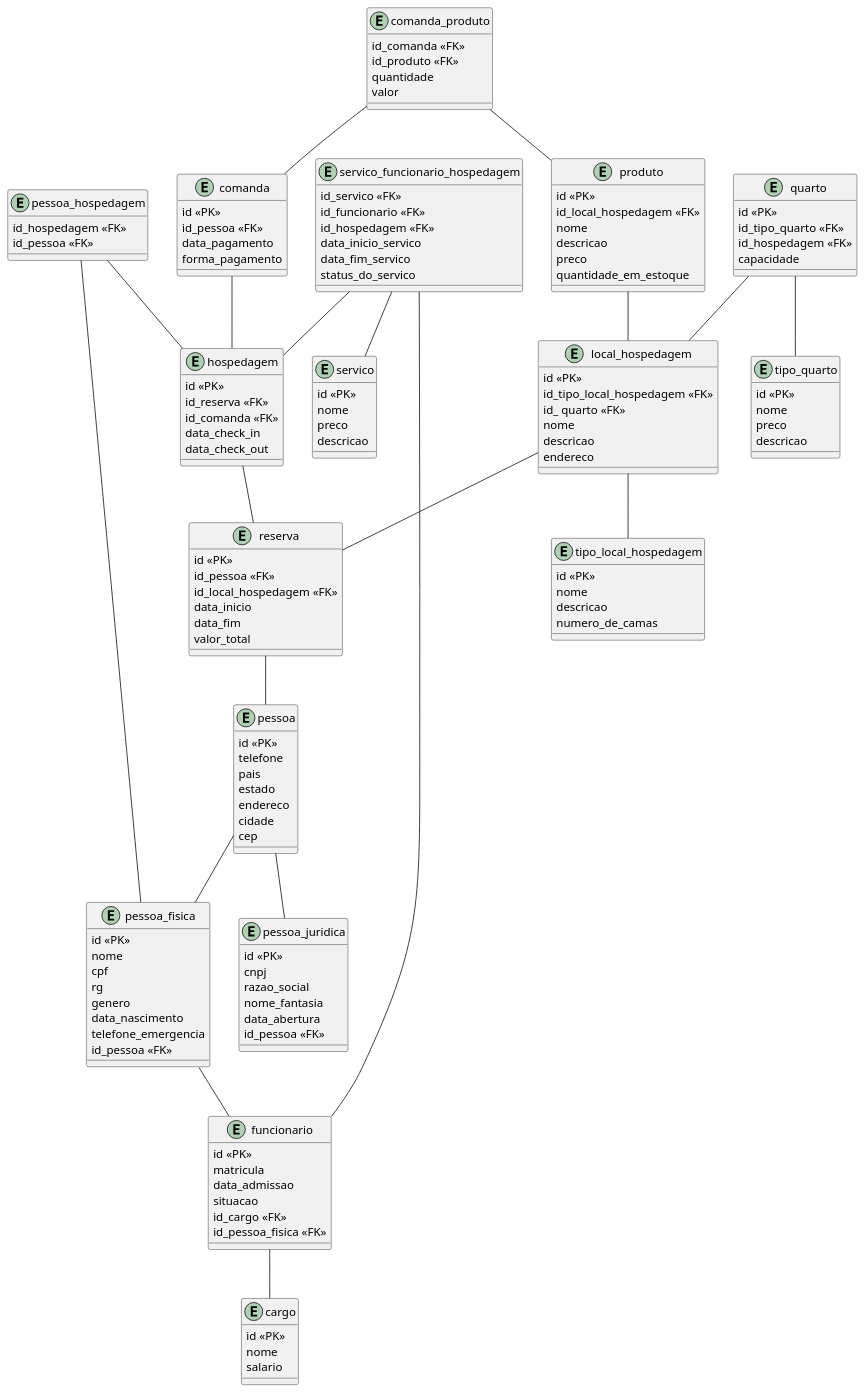
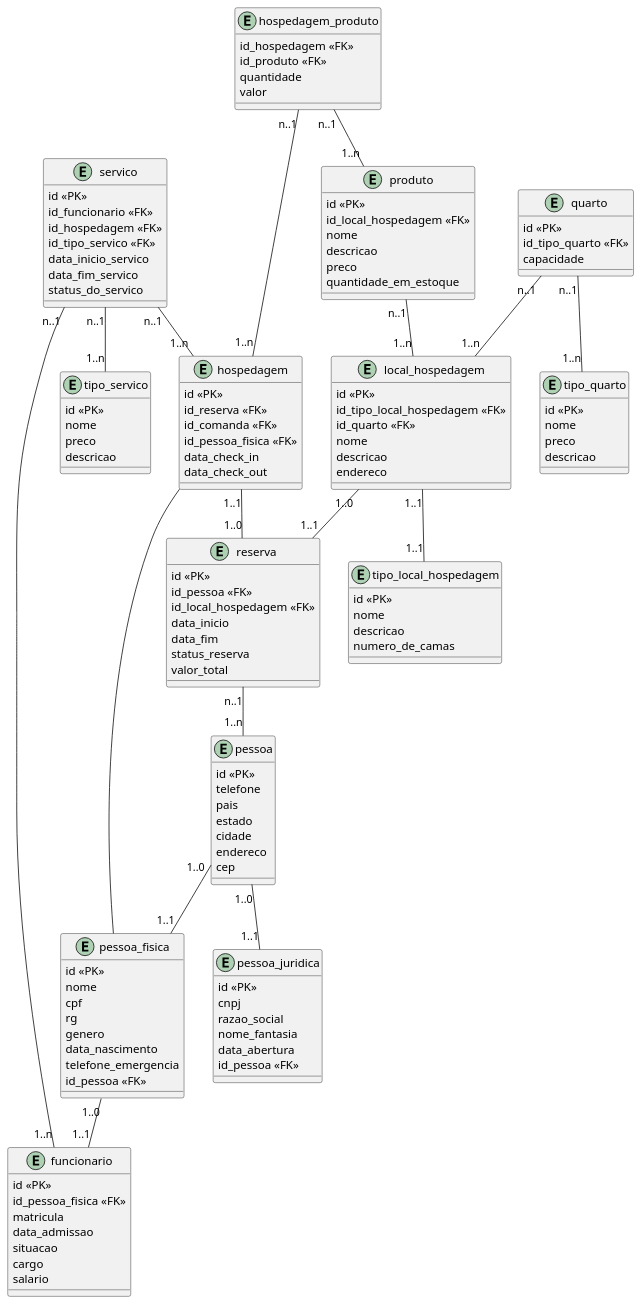
The diagram in Hospedagem.plantuml (Berjooj/Pratica-DB-A1-N1), drawn with PlantUML before and after one commit.

Commit message:
UML revisado

```diff
--- a/Hospedagem.plantuml
+++ b/Hospedagem.plantuml
@@ -1,170 +1,149 @@
 @startuml Hospedagem
 
 entity pessoa{
     id <<PK>>
     telefone
     pais
     estado
+    cidade
     endereco
-    cidade
     cep
 }
 
 entity pessoa_fisica{
     id <<PK>>
     nome
     cpf
     rg
     genero
     data_nascimento
     telefone_emergencia
     id_pessoa <<FK>>
 }
 
 entity pessoa_juridica{
     id <<PK>>
     cnpj
     razao_social
     nome_fantasia
     data_abertura
     id_pessoa <<FK>>
 }
 
-entity cargo{
-    id <<PK>>
-    nome
-    salario
-}
-
 entity funcionario{
     id <<PK>>
+    id_pessoa_fisica <<FK>>
     matricula
     data_admissao
     situacao
-    id_cargo <<FK>>
-    id_pessoa_fisica <<FK>>
+    cargo
+    salario
 }
 
 entity reserva{
     id <<PK>>
     id_pessoa <<FK>>
     id_local_hospedagem <<FK>>
     data_inicio
     data_fim
+    status_reserva
     valor_total
 }
 
 entity hospedagem{
     id <<PK>>
     id_reserva <<FK>>
     id_comanda <<FK>>
+    id_pessoa_fisica <<FK>>
     data_check_in
     data_check_out
-}
-
-entity pessoa_hospedagem{
-    id_hospedagem <<FK>>
-    id_pessoa <<FK>>
 }
 
 entity tipo_local_hospedagem{
     id <<PK>>
     nome
     descricao
     numero_de_camas
 }
 
 entity local_hospedagem{
     id <<PK>>
     id_tipo_local_hospedagem <<FK>>
-    id_ quarto <<FK>>
+    id_quarto <<FK>>
     nome
     descricao
     endereco
 }
 
 entity tipo_quarto{
     id <<PK>>
     nome
     preco
     descricao
 }
 
 entity quarto{
     id <<PK>>
     id_tipo_quarto <<FK>>
-    id_hospedagem <<FK>>
     capacidade
 }
 
-entity servico{
+entity tipo_servico{
     id <<PK>>
     nome
     preco
     descricao
 }
 
-entity servico_funcionario_hospedagem{
-    id_servico <<FK>>
+entity servico{
+    id <<PK>>
     id_funcionario <<FK>>
     id_hospedagem <<FK>>
+    id_tipo_servico <<FK>>
     data_inicio_servico
     data_fim_servico
     status_do_servico
 }
 
 entity produto{
     id <<PK>>
     id_local_hospedagem <<FK>>
     nome
     descricao
     preco
     quantidade_em_estoque
 }
 
-entity comanda_produto{
-    id_comanda <<FK>>
+entity hospedagem_produto{
+    id_hospedagem <<FK>>
     id_produto <<FK>>
     quantidade
     valor
 }
 
-entity comanda{
-    id <<PK>>
-    id_pessoa <<FK>>
-    data_pagamento
-    forma_pagamento
-}
+pessoa "1..0" -- "1..1" pessoa_fisica
+pessoa "1..0" -- "1..1" pessoa_juridica
 
-pessoa -- pessoa_fisica
-pessoa -- pessoa_juridica
+pessoa_fisica "1..0" -- "1..1" funcionario
 
-pessoa_fisica -- funcionario
+reserva "n..1" -- "1..n" pessoa
+hospedagem "1..1" -- "1..0" reserva
 
-funcionario -- cargo
+local_hospedagem "1..0" -- "1..1" reserva
+local_hospedagem "1..1" -- "1..1" tipo_local_hospedagem
 
-reserva -- pessoa
+quarto "n..1" -- "1..n" tipo_quarto
+quarto "n..1" -- "1..n" local_hospedagem
 
-hospedagem -- reserva
+produto "n..1" -- "1..n" local_hospedagem
 
-local_hospedagem -- tipo_local_hospedagem
-local_hospedagem -- reserva
+hospedagem_produto "n..1" -- "1..n" produto
+hospedagem_produto "n..1" -- "1..n" hospedagem
 
-quarto -- tipo_quarto
-quarto -- local_hospedagem
+servico "n..1" -- "1..n" tipo_servico
+servico "n..1" -- "1..n" funcionario
+servico "n..1" -- "1..n" hospedagem
 
-servico_funcionario_hospedagem -- servico
-servico_funcionario_hospedagem -- funcionario
-servico_funcionario_hospedagem -- hospedagem
-
-produto -- local_hospedagem
-
-comanda -- hospedagem
-
-comanda_produto -- comanda
-comanda_produto -- produto
-
-pessoa_hospedagem -- hospedagem
-pessoa_hospedagem -- pessoa_fisica
+hospedagem -- pessoa_fisica
 
 @enduml
```
